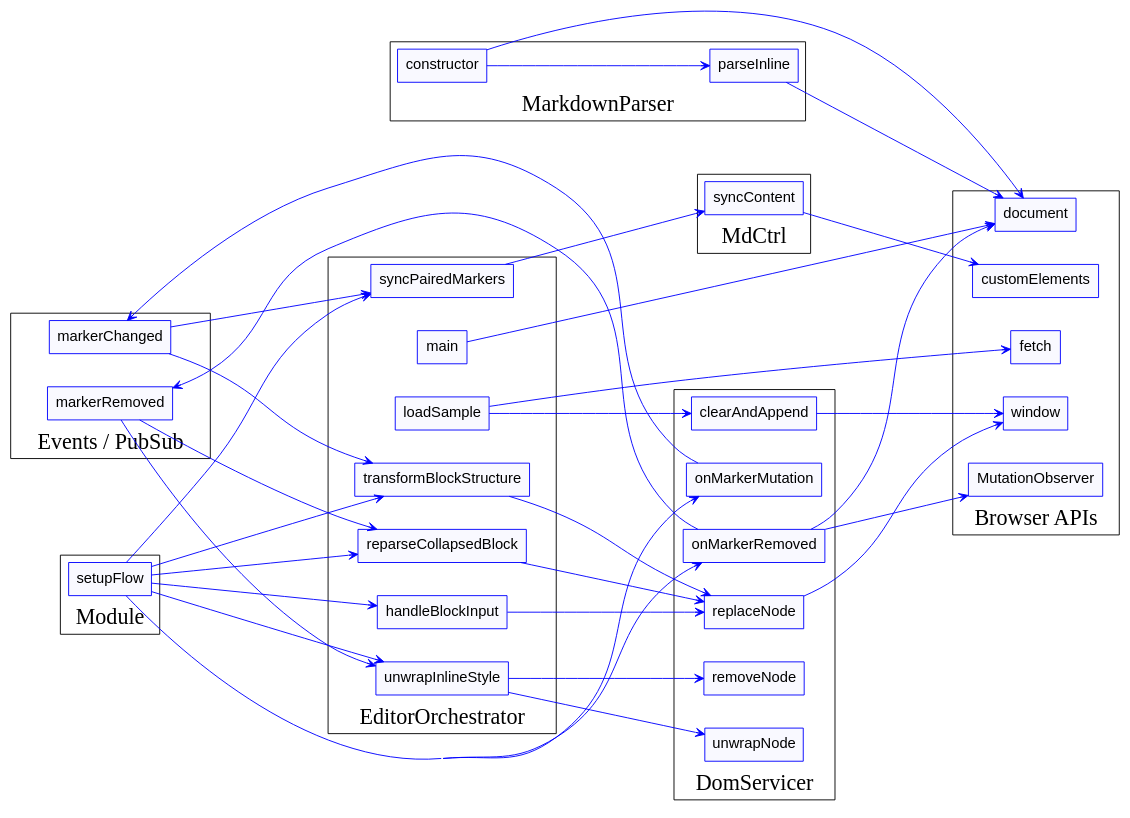
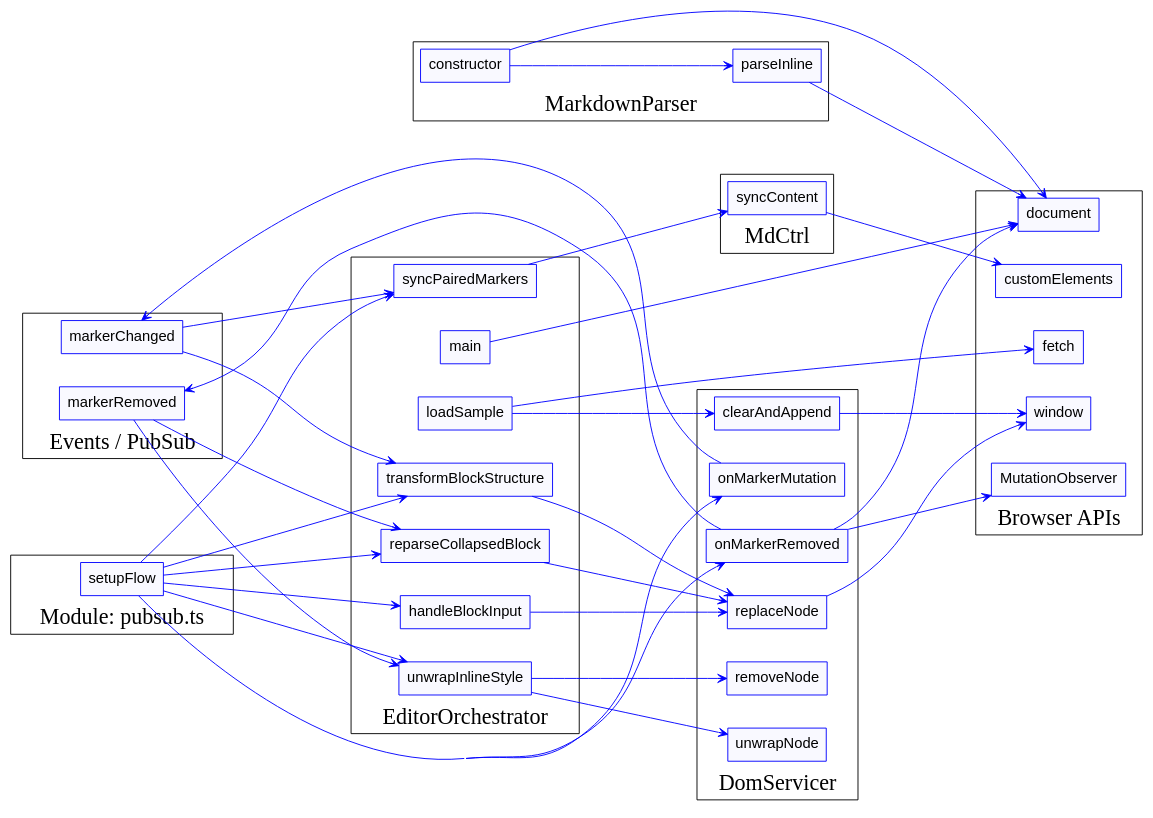
The diagram in reports/logic-graph.dot (invisement/markdown-presentation), drawn with Graphviz before and after one commit.

Commit message:
docs: update logic graph with improved Module labels

```diff
--- a/reports/logic-graph.dot
+++ b/reports/logic-graph.dot
@@ -1,81 +1,81 @@
 digraph logic {
   graph [fontsize=24; rankdir="LR"; labelloc="b"; concentrate=true; overlap=false; splines=true; color=black; nodesep=0.5; ranksep=2;];
   node [shape=box, fontsize=16, color=blue, fontname="Arial", style=filled, fillcolor="#f9f9ff"];
   edge [fontsize=12, color=blue, arrowhead=vee];
 
   subgraph "cluster_EditorOrchestrator" {
     label = "EditorOrchestrator";
     "editor-orchestrator.ts:EditorOrchestrator:syncPairedMarkers" [label="syncPairedMarkers"];
     "editor-orchestrator.ts:EditorOrchestrator:transformBlockStructure" [label="transformBlockStructure"];
     "editor-orchestrator.ts:EditorOrchestrator:reparseCollapsedBlock" [label="reparseCollapsedBlock"];
     "editor-orchestrator.ts:EditorOrchestrator:unwrapInlineStyle" [label="unwrapInlineStyle"];
     "editor-orchestrator.ts:EditorOrchestrator:handleBlockInput" [label="handleBlockInput"];
     "editor-orchestrator.ts:EditorOrchestrator:loadSample" [label="loadSample"];
     "editor-orchestrator.ts:EditorOrchestrator:main" [label="main"];
   }
   subgraph "cluster_MdCtrl" {
     label = "MdCtrl";
     "dom-servicer.ts:MdCtrl:syncContent" [label="syncContent"];
   }
   subgraph "cluster_DomServicer" {
     label = "DomServicer";
     "dom-servicer.ts:DomServicer:replaceNode" [label="replaceNode"];
     "dom-servicer.ts:DomServicer:removeNode" [label="removeNode"];
     "dom-servicer.ts:DomServicer:unwrapNode" [label="unwrapNode"];
     "dom-servicer.ts:DomServicer:clearAndAppend" [label="clearAndAppend"];
     "dom-servicer.ts:DomServicer:onMarkerMutation" [label="onMarkerMutation"];
     "dom-servicer.ts:DomServicer:onMarkerRemoved" [label="onMarkerRemoved"];
   }
   subgraph "cluster_pubsub_ts_Module" {
-    label = "Module";
+    label = "Module: pubsub.ts";
     "pubsub.ts:Module:setupFlow" [label="setupFlow"];
   }
   subgraph "cluster_MarkdownParser" {
     label = "MarkdownParser";
     "markdown-parser.ts:MarkdownParser:constructor" [label="constructor"];
     "markdown-parser.ts:MarkdownParser:parseInline" [label="parseInline"];
   }
   subgraph cluster_events {
     label = "Events / PubSub";
     "Topic:markerChanged" [label="markerChanged"];
     "Topic:markerRemoved" [label="markerRemoved"];
   }
   subgraph cluster_browser {
     label = "Browser APIs";
     "Browser:fetch" [label="fetch"];
     "Browser:document" [label="document"];
     "Browser:customElements" [label="customElements"];
     "Browser:MutationObserver" [label="MutationObserver"];
     "Browser:window" [label="window"];
   }
   "Topic:markerChanged" -> "editor-orchestrator.ts:EditorOrchestrator:syncPairedMarkers";
   "Topic:markerChanged" -> "editor-orchestrator.ts:EditorOrchestrator:transformBlockStructure";
   "Topic:markerRemoved" -> "editor-orchestrator.ts:EditorOrchestrator:reparseCollapsedBlock";
   "Topic:markerRemoved" -> "editor-orchestrator.ts:EditorOrchestrator:unwrapInlineStyle";
   "dom-servicer.ts:DomServicer:clearAndAppend" -> "Browser:window";
   "dom-servicer.ts:DomServicer:onMarkerMutation" -> "Topic:markerChanged";
   "dom-servicer.ts:DomServicer:onMarkerRemoved" -> "Browser:MutationObserver";
   "dom-servicer.ts:DomServicer:onMarkerRemoved" -> "Browser:document";
   "dom-servicer.ts:DomServicer:onMarkerRemoved" -> "Topic:markerRemoved";
   "dom-servicer.ts:DomServicer:replaceNode" -> "Browser:window";
   "dom-servicer.ts:MdCtrl:syncContent" -> "Browser:customElements";
   "editor-orchestrator.ts:EditorOrchestrator:handleBlockInput" -> "dom-servicer.ts:DomServicer:replaceNode";
   "editor-orchestrator.ts:EditorOrchestrator:loadSample" -> "Browser:fetch";
   "editor-orchestrator.ts:EditorOrchestrator:loadSample" -> "dom-servicer.ts:DomServicer:clearAndAppend";
   "editor-orchestrator.ts:EditorOrchestrator:main" -> "Browser:document";
   "editor-orchestrator.ts:EditorOrchestrator:reparseCollapsedBlock" -> "dom-servicer.ts:DomServicer:replaceNode";
   "editor-orchestrator.ts:EditorOrchestrator:syncPairedMarkers" -> "dom-servicer.ts:MdCtrl:syncContent";
   "editor-orchestrator.ts:EditorOrchestrator:transformBlockStructure" -> "dom-servicer.ts:DomServicer:replaceNode";
   "editor-orchestrator.ts:EditorOrchestrator:unwrapInlineStyle" -> "dom-servicer.ts:DomServicer:removeNode";
   "editor-orchestrator.ts:EditorOrchestrator:unwrapInlineStyle" -> "dom-servicer.ts:DomServicer:unwrapNode";
   "markdown-parser.ts:MarkdownParser:constructor" -> "Browser:document";
   "markdown-parser.ts:MarkdownParser:constructor" -> "markdown-parser.ts:MarkdownParser:parseInline";
   "markdown-parser.ts:MarkdownParser:parseInline" -> "Browser:document";
   "pubsub.ts:Module:setupFlow" -> "dom-servicer.ts:DomServicer:onMarkerMutation";
   "pubsub.ts:Module:setupFlow" -> "dom-servicer.ts:DomServicer:onMarkerRemoved";
   "pubsub.ts:Module:setupFlow" -> "editor-orchestrator.ts:EditorOrchestrator:handleBlockInput";
   "pubsub.ts:Module:setupFlow" -> "editor-orchestrator.ts:EditorOrchestrator:reparseCollapsedBlock";
   "pubsub.ts:Module:setupFlow" -> "editor-orchestrator.ts:EditorOrchestrator:syncPairedMarkers";
   "pubsub.ts:Module:setupFlow" -> "editor-orchestrator.ts:EditorOrchestrator:transformBlockStructure";
   "pubsub.ts:Module:setupFlow" -> "editor-orchestrator.ts:EditorOrchestrator:unwrapInlineStyle";
 }
```
